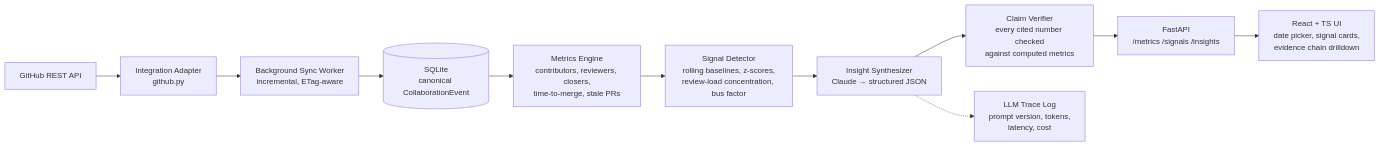
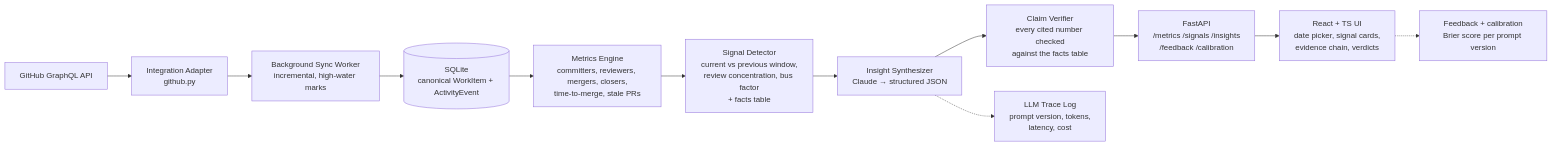
The diagram in architecture.mermaid (Anyaoha/loupe), drawn with Mermaid before and after one commit. The commit also changed 3 other files, not shown here.

First line of the commit message:
Coverage header on cached insights; correct architecture diagram and /docs note - Cached    insight responses (200) now carry X-Loupe-Coverage, with test

```diff
--- a/architecture.mermaid
+++ b/architecture.mermaid
@@ -1,11 +1,12 @@
 flowchart LR
-    GH[GitHub REST API] --> AD[Integration Adapter<br/>github.py]
-    AD --> SY[Background Sync Worker<br/>incremental, ETag-aware]
-    SY --> DB[(SQLite<br/>canonical CollaborationEvent)]
-    DB --> ME[Metrics Engine<br/>contributors, reviewers, closers,<br/>time-to-merge, stale PRs]
-    ME --> SD[Signal Detector<br/>rolling baselines, z-scores,<br/>review-load concentration, bus factor]
+    GH[GitHub GraphQL API] --> AD[Integration Adapter<br/>github.py]
+    AD --> SY[Background Sync Worker<br/>incremental, high-water marks]
+    SY --> DB[(SQLite<br/>canonical WorkItem + ActivityEvent)]
+    DB --> ME[Metrics Engine<br/>committers, reviewers, mergers, closers,<br/>time-to-merge, stale PRs]
+    ME --> SD[Signal Detector<br/>current vs previous window,<br/>review concentration, bus factor<br/>+ facts table]
     SD --> IS[Insight Synthesizer<br/>Claude → structured JSON]
-    IS --> CV[Claim Verifier<br/>every cited number checked<br/>against computed metrics]
-    CV --> API[FastAPI<br/>/metrics /signals /insights]
-    API --> UI[React + TS UI<br/>date picker, signal cards,<br/>evidence chain drilldown]
+    IS --> CV[Claim Verifier<br/>every cited number checked<br/>against the facts table]
+    CV --> API[FastAPI<br/>/metrics /signals /insights<br/>/feedback /calibration]
+    API --> UI[React + TS UI<br/>date picker, signal cards,<br/>evidence chain, verdicts]
     IS -.-> TR[LLM Trace Log<br/>prompt version, tokens,<br/>latency, cost]
+    UI -.-> FB[Feedback + calibration<br/>Brier score per prompt version]
```
